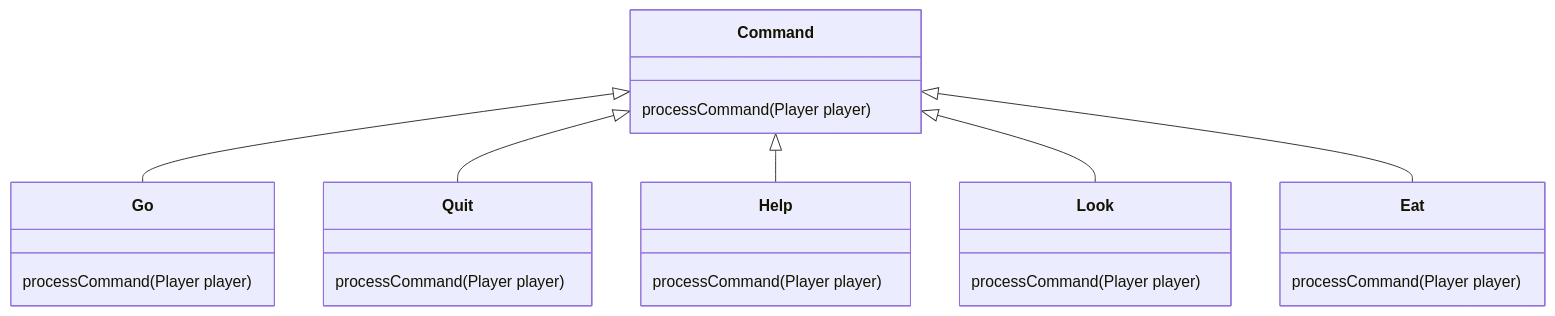
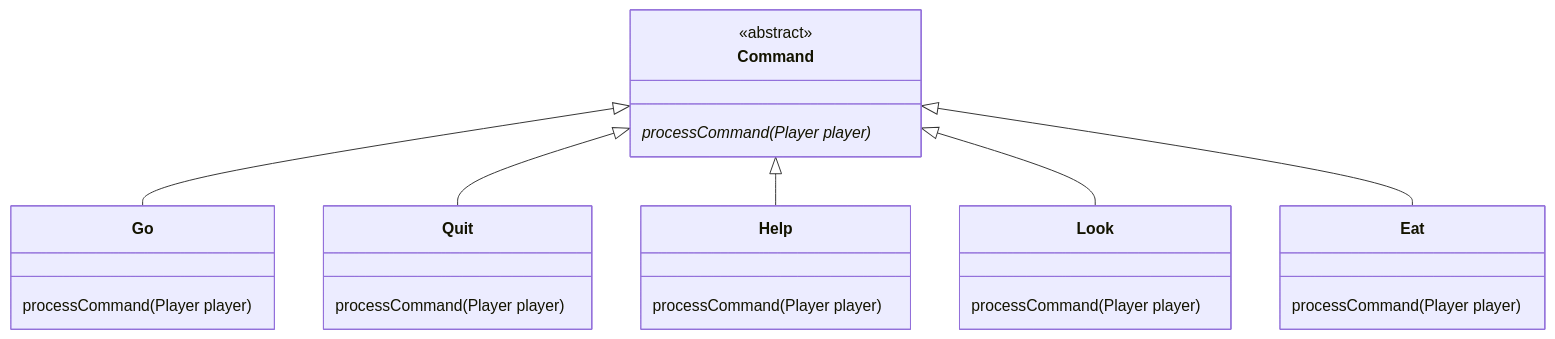
Before and after one commit to bkleinen/bkleinen.github.io: the diagram in hugo/content/classes/ws2023/info1/labs/exercise-10.md, drawn with Mermaid. The commit also changed other lines of this file and 6 other files, not shown here.

Commit message:
mermaid and wip

````diff
--- a/hugo/content/classes/ws2023/info1/labs/exercise-10.md
+++ b/hugo/content/classes/ws2023/info1/labs/exercise-10.md
@@ -8,27 +10,29 @@
-```mermaid
+{{<mermaid>}} 
 classDiagram
+
     Command <|-- Go
     Command <|-- Quit
     Command <|-- Help
     Command <|-- Look
     Command <|-- Eat
-   
+    <<abstract>> Command
     class Command{
-      processCommand(Player player)
+      processCommand(Player player)*
     }
+    
     class Go{
       processCommand(Player player)
     }
     class Quit{
       processCommand(Player player)
     }
     class Help{
       processCommand(Player player)
     }
     class Look{
       processCommand(Player player)
     }
     class Eat{
       processCommand(Player player)
     }
-```
+{{</ mermaid>}}
````
